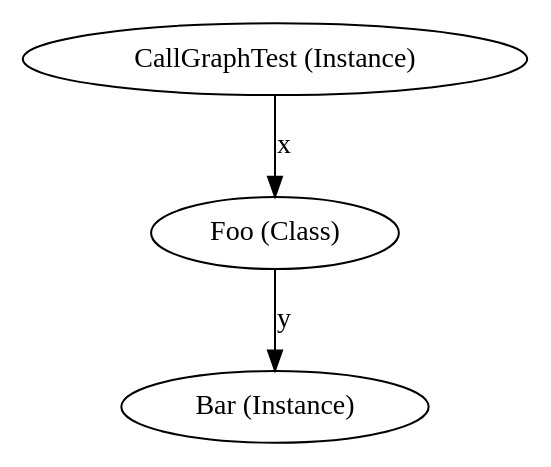
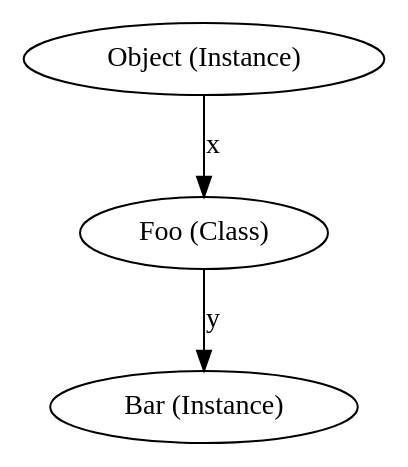
The diagram in examples/call-graph.dot (jamesmoriarty/call-graph), drawn with Graphviz before and after one commit. The commit also changed 8 other files, not shown here.

```diff
--- a/examples/call-graph.dot
+++ b/examples/call-graph.dot
@@ -1,4 +1,4 @@
 digraph call_graph {
-  "CallGraphTest (Instance)" -> "Foo (Class)" [label="x"];
+  "Object (Instance)" -> "Foo (Class)" [label="x"];
   "Foo (Class)" -> "Bar (Instance)" [label="y"];
 }
```
